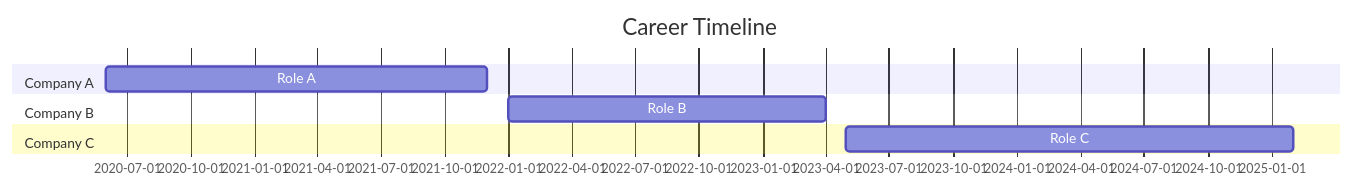
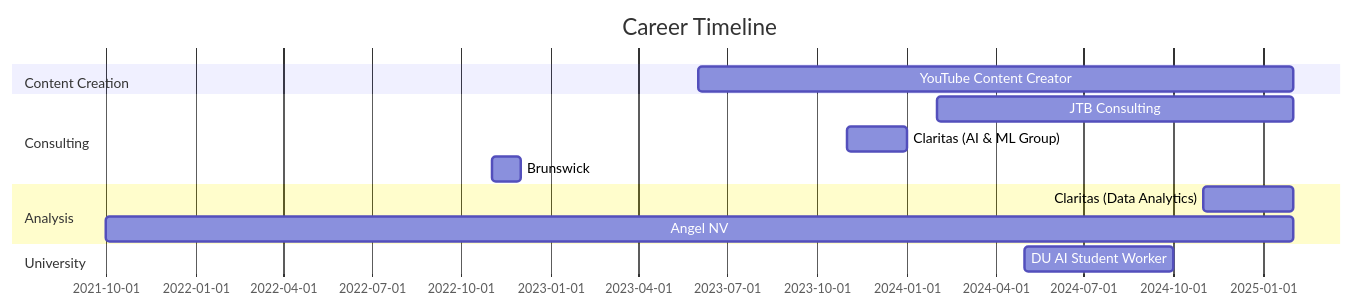
Before and after one commit to jbubb101/Jared_Portfolio: the diagram in README.md, drawn with Mermaid. The commit also changed other lines of this file, not shown here.

````diff
--- a/README.md
+++ b/README.md
@@ -132,11 +159,16 @@
 ```mermaid
 gantt
     title Career Timeline
     dateFormat  YYYY-MM
-    section Company A
-    Role A            :a1, 2020-06, 2021-12
-    section Company B
-    Role B            :a2, 2022-01, 2023-04
-    section Company C
-    Role C            :a3, 2023-05, 2025-02
+    section Content Creation
+    YouTube Content Creator            :a1, 2023-06, 2025-02
+    section Consulting
+    JTB Consulting                     :a2, 2024-02, 2025-02
+    Claritas (AI & ML Group)           :a3, 2023-11, 2024-01
+    Brunswick                          :a4, 2022-11, 2022-12
+    section Analysis
+    Claritas (Data Analytics)          :a5, 2024-11, 2025-02
+    Angel NV                           :a6, 2021-10, 2025-02
+    section University
+    DU AI Student Worker               :a7, 2024-05, 2024-10
 ```
````
